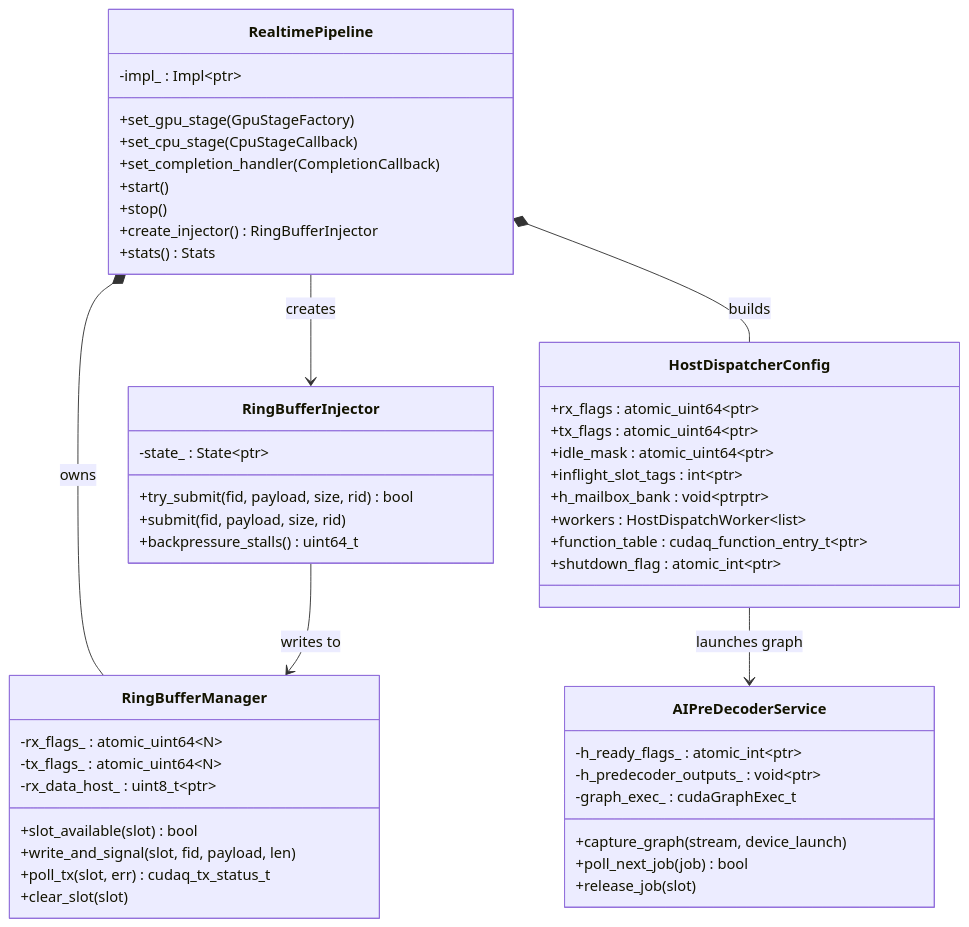
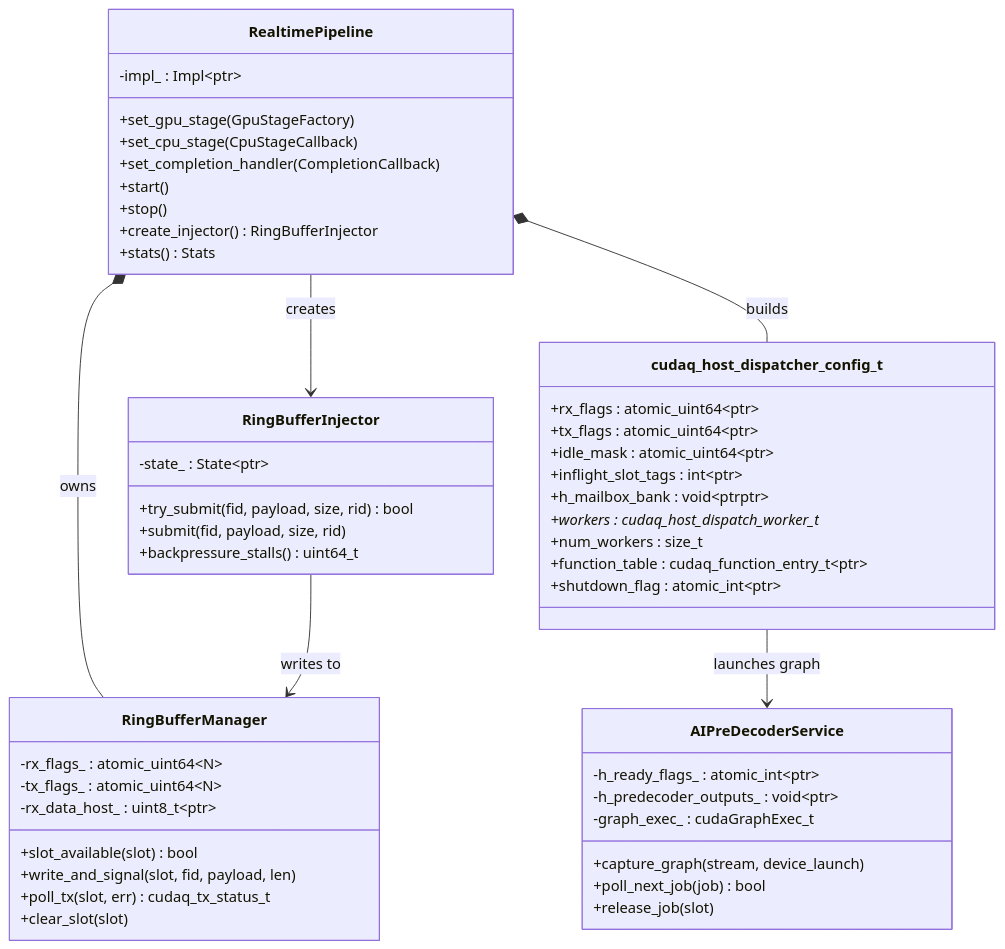
One commit to wsttiger/cudaqx changed the first of 7 diagrams in docs/realtime_pipeline_architecture.md. Above: the diagram before and after it, drawn with Mermaid. The commit also changed other lines of this file and 5 other files, not shown here.

First line of the commit message:
Adapt cudaqx to extern "C" host dispatcher API

````diff
--- a/docs/realtime_pipeline_architecture.md
+++ b/docs/realtime_pipeline_architecture.md
@@ -5,56 +5,57 @@
 ```mermaid
 classDiagram
     class RealtimePipeline {
         -impl_ : Impl~ptr~
         +set_gpu_stage(GpuStageFactory)
         +set_cpu_stage(CpuStageCallback)
         +set_completion_handler(CompletionCallback)
         +start()
         +stop()
         +create_injector() RingBufferInjector
         +stats() Stats
     }
 
     class RingBufferInjector {
         -state_ : State~ptr~
         +try_submit(fid, payload, size, rid) bool
         +submit(fid, payload, size, rid)
         +backpressure_stalls() uint64_t
     }
 
     class RingBufferManager {
         -rx_flags_ : atomic_uint64~N~
         -tx_flags_ : atomic_uint64~N~
         -rx_data_host_ : uint8_t~ptr~
         +slot_available(slot) bool
         +write_and_signal(slot, fid, payload, len)
         +poll_tx(slot, err) cudaq_tx_status_t
         +clear_slot(slot)
     }
 
-    class HostDispatcherConfig {
+    class cudaq_host_dispatcher_config_t {
         +rx_flags : atomic_uint64~ptr~
         +tx_flags : atomic_uint64~ptr~
         +idle_mask : atomic_uint64~ptr~
         +inflight_slot_tags : int~ptr~
         +h_mailbox_bank : void~ptrptr~
-        +workers : HostDispatchWorker~list~
+        +workers : cudaq_host_dispatch_worker_t*
+        +num_workers : size_t
         +function_table : cudaq_function_entry_t~ptr~
         +shutdown_flag : atomic_int~ptr~
     }
 
     class AIPreDecoderService {
         -h_ready_flags_ : atomic_int~ptr~
         -h_predecoder_outputs_ : void~ptr~
         -graph_exec_ : cudaGraphExec_t
         +capture_graph(stream, device_launch)
         +poll_next_job(job) bool
         +release_job(slot)
     }
 
     RealtimePipeline *-- RingBufferManager : owns
-    RealtimePipeline *-- HostDispatcherConfig : builds
+    RealtimePipeline *-- cudaq_host_dispatcher_config_t : builds
     RealtimePipeline --> RingBufferInjector : creates
     RingBufferInjector --> RingBufferManager : writes to
-    HostDispatcherConfig --> AIPreDecoderService : launches graph
+    cudaq_host_dispatcher_config_t --> AIPreDecoderService : launches graph
 ```
````
